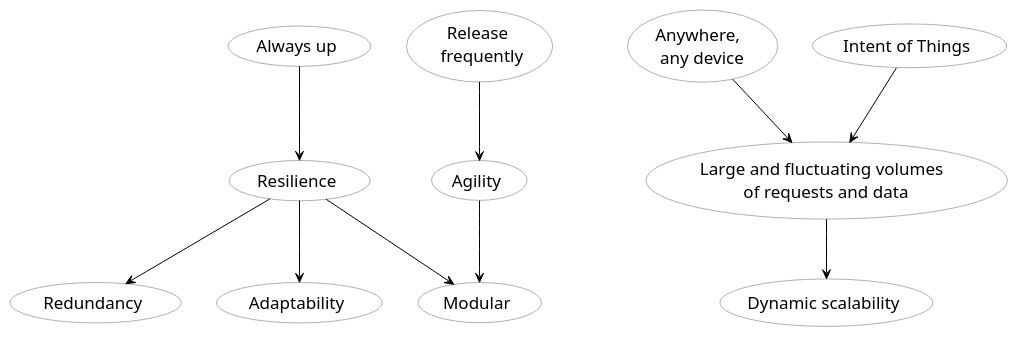
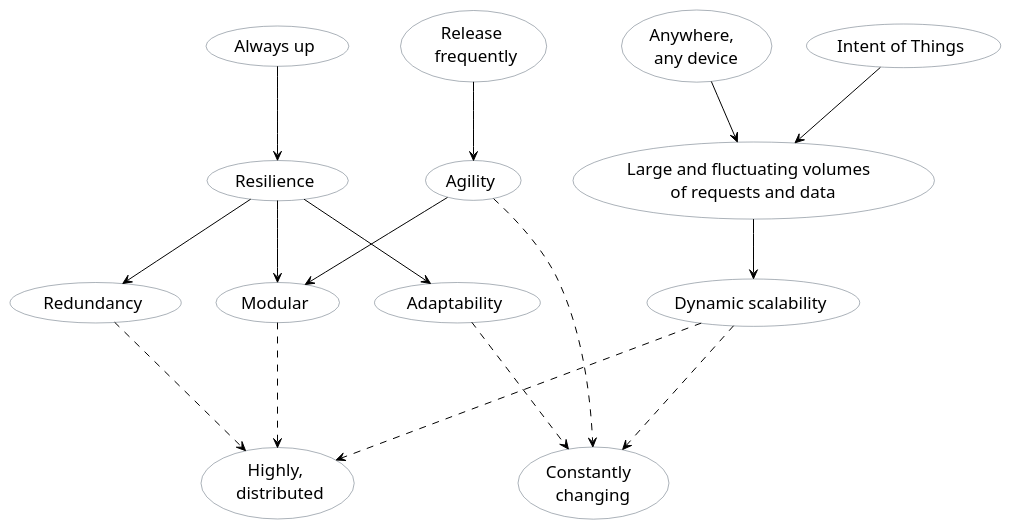
One commit to GeorgSeng/research-on-cloud-native changed the diagram in asciidocs-slides/plantuml/cloud-native-requirements.puml. Above: the diagram before and after it, drawn with PlantUML.

```diff
--- a/asciidocs-slides/plantuml/cloud-native-requirements.puml
+++ b/asciidocs-slides/plantuml/cloud-native-requirements.puml
@@ -1,38 +1,50 @@
 @startuml
 
 skinparam usecase {
 	ArrowColor black
 
 	borderColor #566573
 	backgroundColor #00000
 	fontName Calibri
 	fontSize 17
 	fontColor black
 }
 
 (Always up) as Comp1
 (Resilience) as Comp11
 (Redundancy) as Comp111
 (Adaptability) as Comp112
 (Modular) as Comp113
 (Release \n frequently) as Comp2
 (Agility) as Comp21
 
 Comp1 --> Comp11
 Comp11 --> Comp111
 Comp11 --> Comp112
 Comp11 --> Comp113
 
 Comp2 --> Comp21
 Comp21 --> Comp113
 
 (Anywhere, \n any device) as Comp02
 (Intent of Things) as Comp03
 (Large and fluctuating volumes \n of requests and data) as Comp04
 (Dynamic scalability) as Comp05
 
 Comp02 --> Comp04
 Comp03 --> Comp04
 Comp04 --> Comp05
 
+(Highly, \n distributed) as CompL31
+(Constantly \n changing) as CompL32
+
+Comp111 ...> CompL31
+Comp113 ...> CompL31
+Comp05 ...> CompL31
+
+Comp112 ...> CompL32
+Comp21 ...> CompL32
+Comp05 ...> CompL32
+
+'/ Figure based om SOURCE:DAVIS, CORNELIA (2019). Cloud Native Patterns - DESIGNING CHANGE-TOLERANT SOFTWARE. Shelter Island, NY: Manning Publications Co., p.12'/
 @enduml
```
